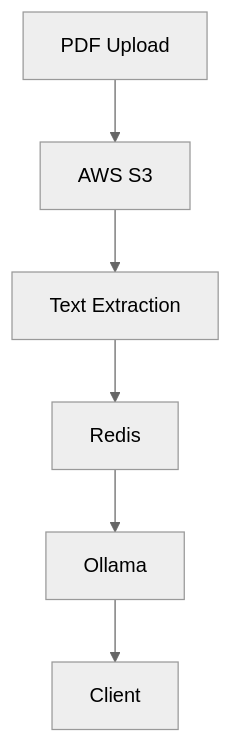
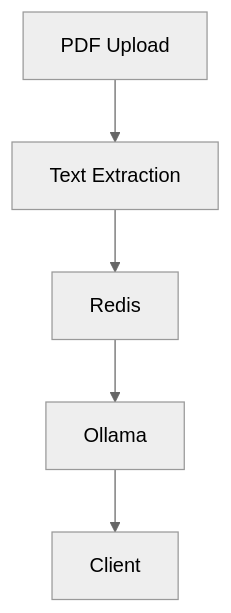
The diagram in README.md (ShubhangiLokhande123/LabInsight-Pro_AI-assistant-for-lab-data), drawn with Mermaid (neutral theme) before and after one commit.

````diff
--- a/README.md
+++ b/README.md
@@ -98,8 +98,7 @@
 ```mermaid
 graph TD
-    A[PDF Upload] --> B[AWS S3]
-    B --> C[Text Extraction]
-    C --> D[Redis]
-    D --> E[Ollama]
-    E --> F[Client]
+    A[PDF Upload] --> B[Text Extraction]
+    B --> C[Redis]
+    C --> D[Ollama]
+    D --> E[Client]
 ```
````
